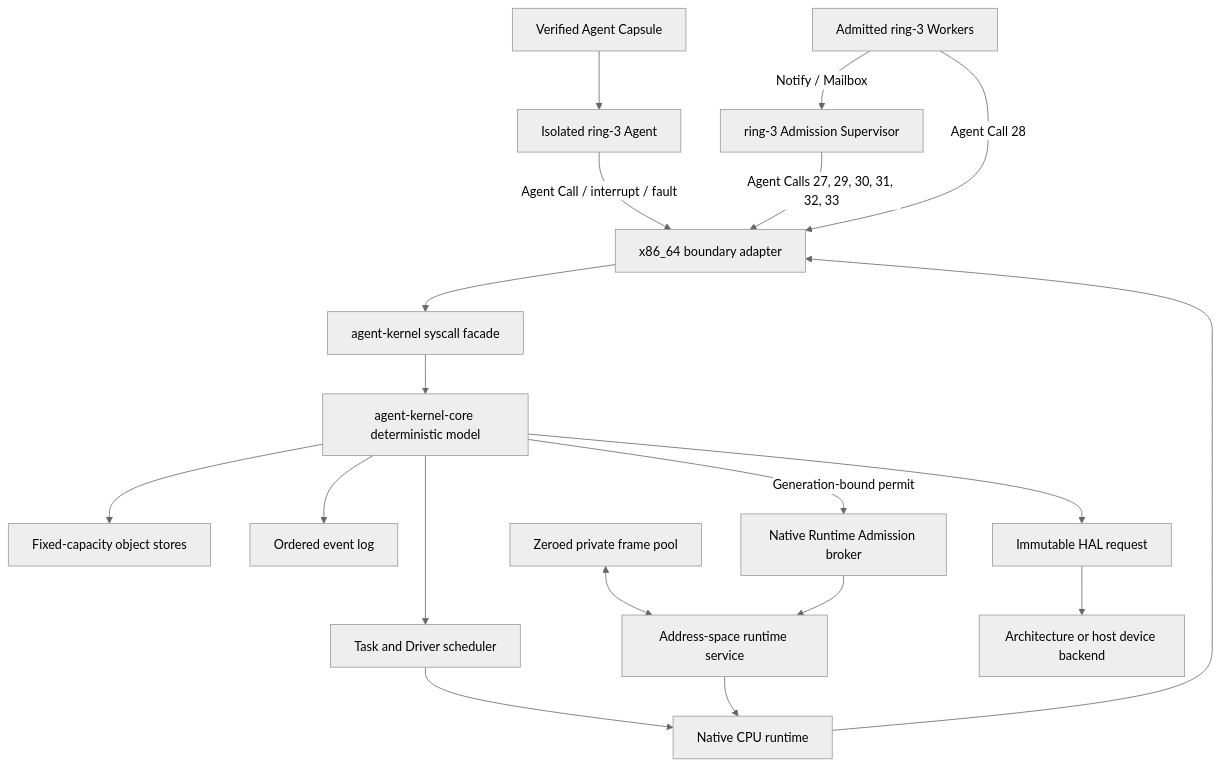
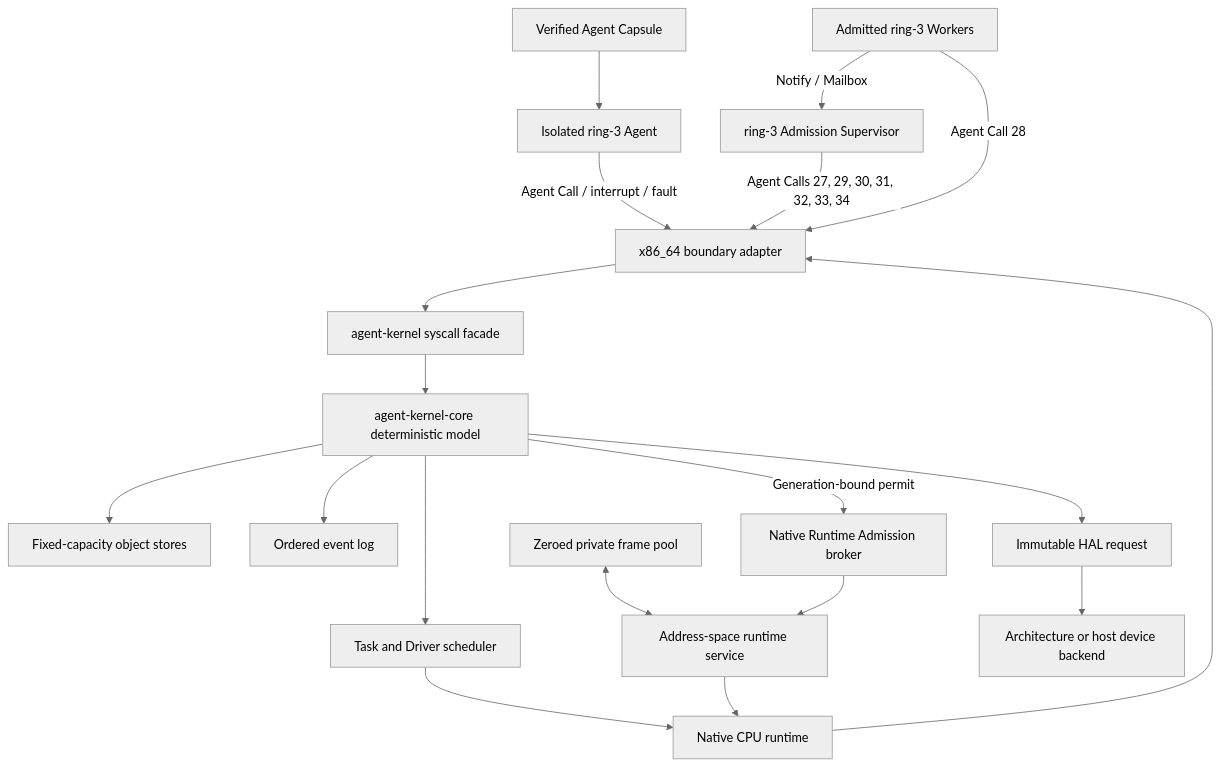
The diagram in README.md (Evan-master/agent-kernel), drawn with Mermaid (neutral theme) before and after one commit. The commit also changed other lines of this file and 53 other files, not shown here.

````diff
--- a/README.md
+++ b/README.md
@@ -196,21 +205,21 @@
 ```mermaid
 flowchart TB
     Capsule["Verified Agent Capsule"] --> Ring3["Isolated ring-3 Agent"]
     Ring3 -->|"Agent Call / interrupt / fault"| X86["x86_64 boundary adapter"]
     X86 --> Facade["agent-kernel syscall facade"]
     Facade --> Core["agent-kernel-core deterministic model"]
     Core --> Stores["Fixed-capacity object stores"]
     Core --> Events["Ordered event log"]
     Core --> Scheduler["Task and Driver scheduler"]
     Scheduler --> Runtime["Native CPU runtime"]
     Runtime --> X86
     FramePool["Zeroed private frame pool"] <--> AddressService["Address-space runtime service"]
     Broker["Native Runtime Admission broker"] --> AddressService
     Core -->|"Generation-bound permit"| Broker
     AddressService --> Runtime
     Core --> HAL["Immutable HAL request"]
     HAL --> Device["Architecture or host device backend"]
-    Supervisor["ring-3 Admission Supervisor"] -->|"Agent Calls 27, 29, 30, 31, 32, 33"| X86
+    Supervisor["ring-3 Admission Supervisor"] -->|"Agent Calls 27, 29, 30, 31, 32, 33, 34"| X86
     Workers["Admitted ring-3 Workers"] -->|"Agent Call 28"| X86
     Workers -->|"Notify / Mailbox"| Supervisor
 ```
````
